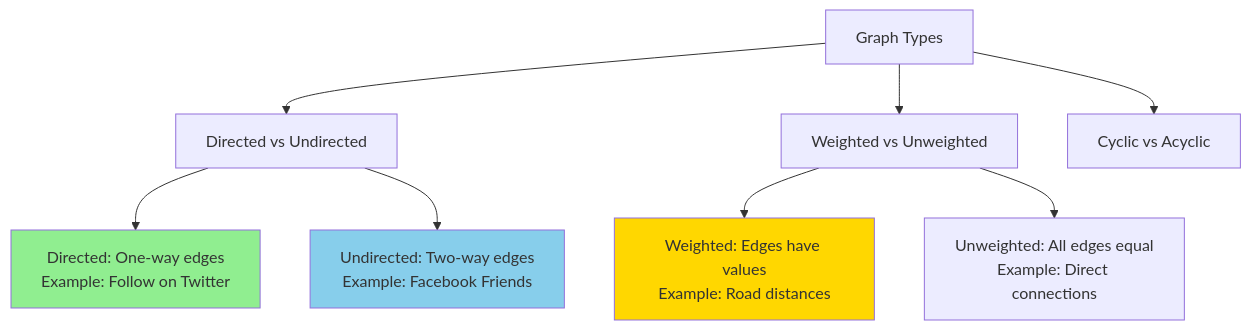
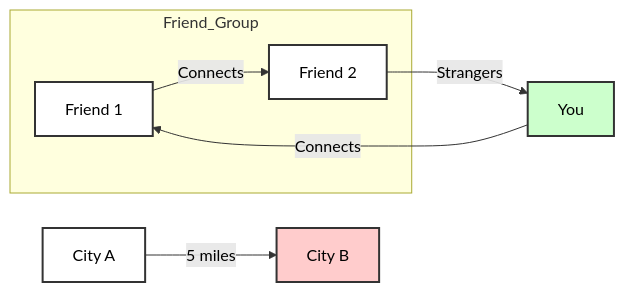
One commit to ankushtagore/dsa-coding-patterns changed the first of 3 diagrams in 16-graphs/README.md. Above: the diagram before and after it, drawn with Mermaid. The commit also changed other lines of this file and 7 other files, not shown here.

````diff
--- a/16-graphs/README.md
+++ b/16-graphs/README.md
@@ -32,16 +33,21 @@
 ```mermaid
-graph TD
-    A[Graph Types] --> B[Directed vs Undirected]
-    A --> C[Weighted vs Unweighted]
-    A --> D[Cyclic vs Acyclic]
+graph LR
+    subgraph Friend_Group
+    B[Friend 1]
+    C[Friend 2]
+    end
     
-    B --> E[Directed: One-way edges<br/>Example: Follow on Twitter]
-    B --> F[Undirected: Two-way edges<br/>Example: Facebook Friends]
+    A[You] -- "Connects" --> B
+    B -- "Connects" --> C
+    C -- "Strangers" --> A
     
-    C --> G[Weighted: Edges have values<br/>Example: Road distances]
-    C --> H[Unweighted: All edges equal<br/>Example: Direct connections]
-    
-    style E fill:#90EE90
-    style F fill:#87CEEB
-    style G fill:#FFD700
+    D[City A] -- "5 miles" --> E[City B]
+
+    style A fill:#ccffcc,stroke:#333,stroke-width:2px,color:#000
+    style B fill:#ffffff,stroke:#333,stroke-width:2px,color:#000
+    style C fill:#ffffff,stroke:#333,stroke-width:2px,color:#000
+    style D fill:#ffffff,stroke:#333,stroke-width:2px,color:#000
+    style E fill:#ffcccc,stroke:#333,stroke-width:2px,color:#000
+
+    linkStyle default color:#000,stroke:#333
 ```
````
